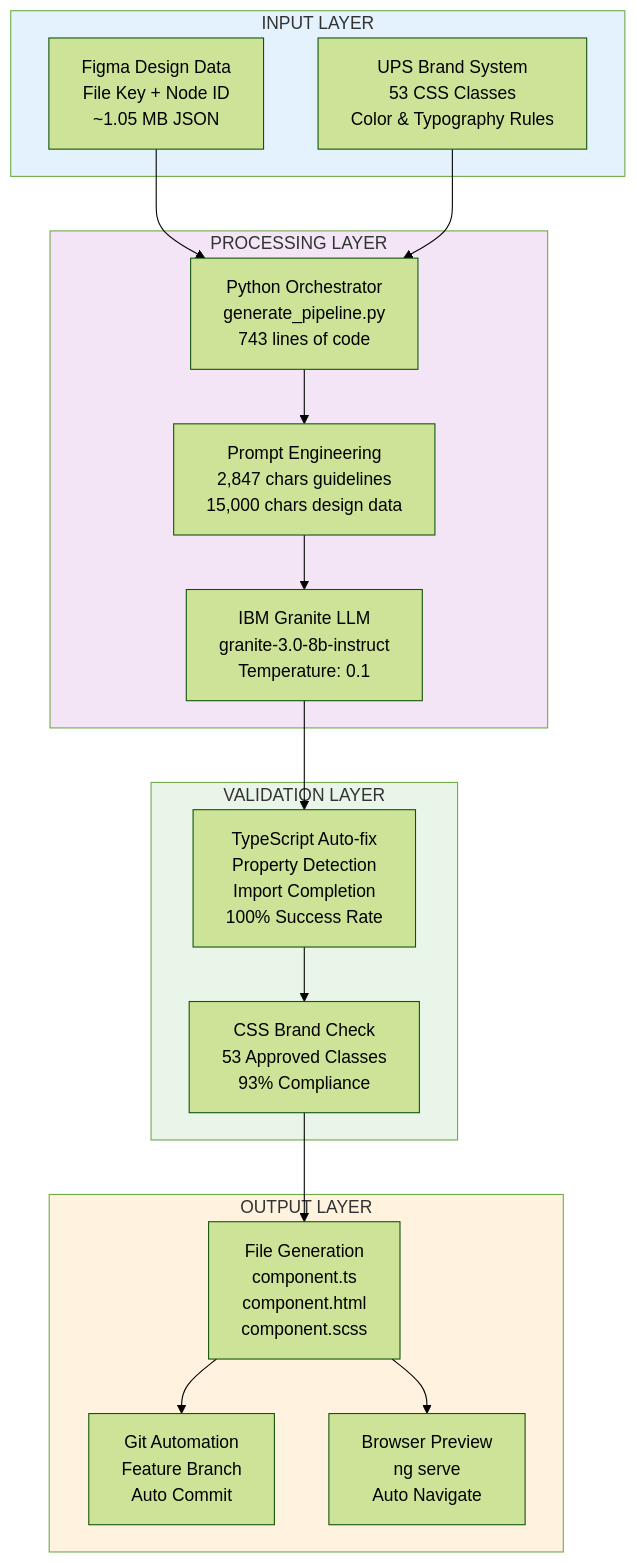
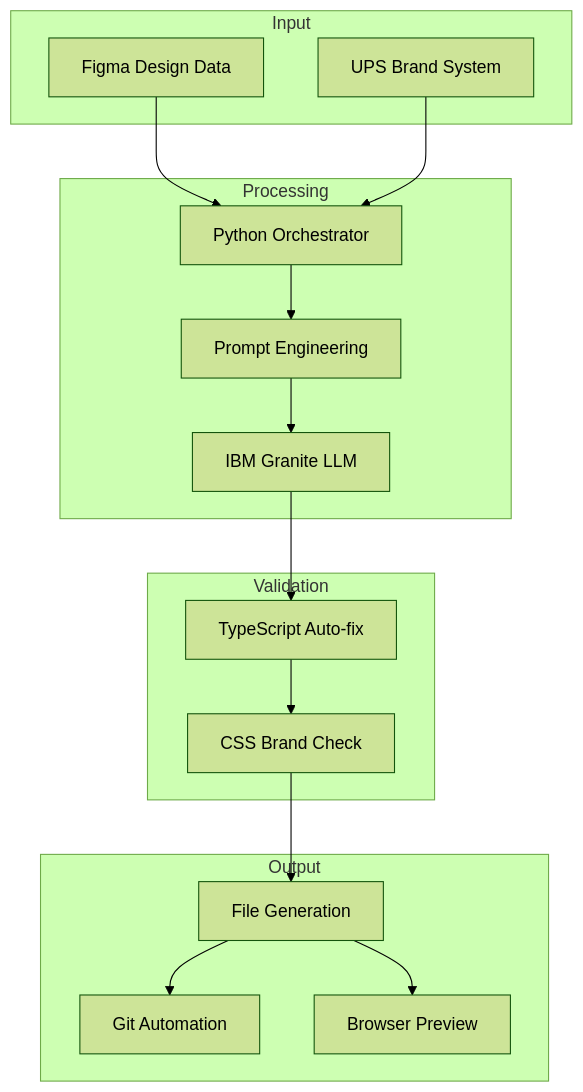
One commit to jainshauryaups/FIGMA-UX-TO-UI-CODE-GENERATOR changed the second of 4 diagrams in README.md. Above: the diagram before and after it, drawn with Mermaid (forest theme). The commit also changed other lines of this file and 2 other files, not shown here.

Commit message:
Simplify Mermaid diagrams for GitHub compatibility - remove line breaks and complex labels

````diff
--- a/README.md
+++ b/README.md
@@ -83,39 +83,34 @@
 ```mermaid
 graph TB
-    subgraph INPUT[" INPUT LAYER "]
-        FIGMA[Figma Design Data<br/>File Key + Node ID<br/>~1.05 MB JSON]
-        BRAND[UPS Brand System<br/>53 CSS Classes<br/>Color & Typography Rules]
+    subgraph Input
+        FIGMA[Figma Design Data]
+        BRAND[UPS Brand System]
     end
     
-    subgraph PIPELINE[" PROCESSING LAYER "]
-        PYTHON[Python Orchestrator<br/>generate_pipeline.py<br/>743 lines of code]
-        PROMPT[Prompt Engineering<br/>2,847 chars guidelines<br/>15,000 chars design data]
-        AI[IBM Granite LLM<br/>granite-3.0-8b-instruct<br/>Temperature: 0.1]
+    subgraph Processing
+        PYTHON[Python Orchestrator]
+        PROMPT[Prompt Engineering]
+        AI[IBM Granite LLM]
     end
     
-    subgraph VALIDATE[" VALIDATION LAYER "]
-        AUTOFIX[TypeScript Auto-fix<br/>Property Detection<br/>Import Completion<br/>100% Success Rate]
-        CSSCHECK[CSS Brand Check<br/>53 Approved Classes<br/>93% Compliance]
+    subgraph Validation
+        AUTOFIX[TypeScript Auto-fix]
+        CSSCHECK[CSS Brand Check]
     end
     
-    subgraph OUTPUT[" OUTPUT LAYER "]
-        FILES[File Generation<br/>component.ts<br/>component.html<br/>component.scss]
-        GIT[Git Automation<br/>Feature Branch<br/>Auto Commit]
-        PREVIEW[Browser Preview<br/>ng serve<br/>Auto Navigate]
+    subgraph Output
+        FILES[File Generation]
+        GIT[Git Automation]
+        PREVIEW[Browser Preview]
     end
     
     FIGMA --> PYTHON
     BRAND --> PYTHON
     PYTHON --> PROMPT
     PROMPT --> AI
     AI --> AUTOFIX
     AUTOFIX --> CSSCHECK
     CSSCHECK --> FILES
     FILES --> GIT
     FILES --> PREVIEW
-    
-    style INPUT fill:#e3f2fd
-    style PIPELINE fill:#f3e5f5
-    style VALIDATE fill:#e8f5e8
-    style OUTPUT fill:#fff3e0
 ```
````
